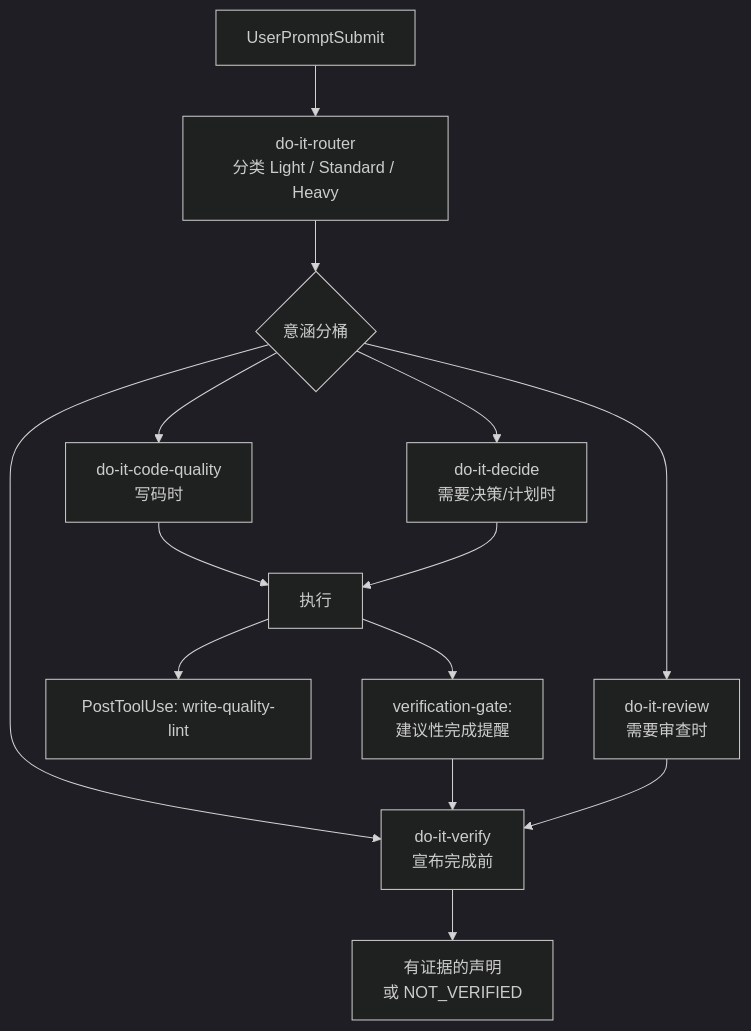
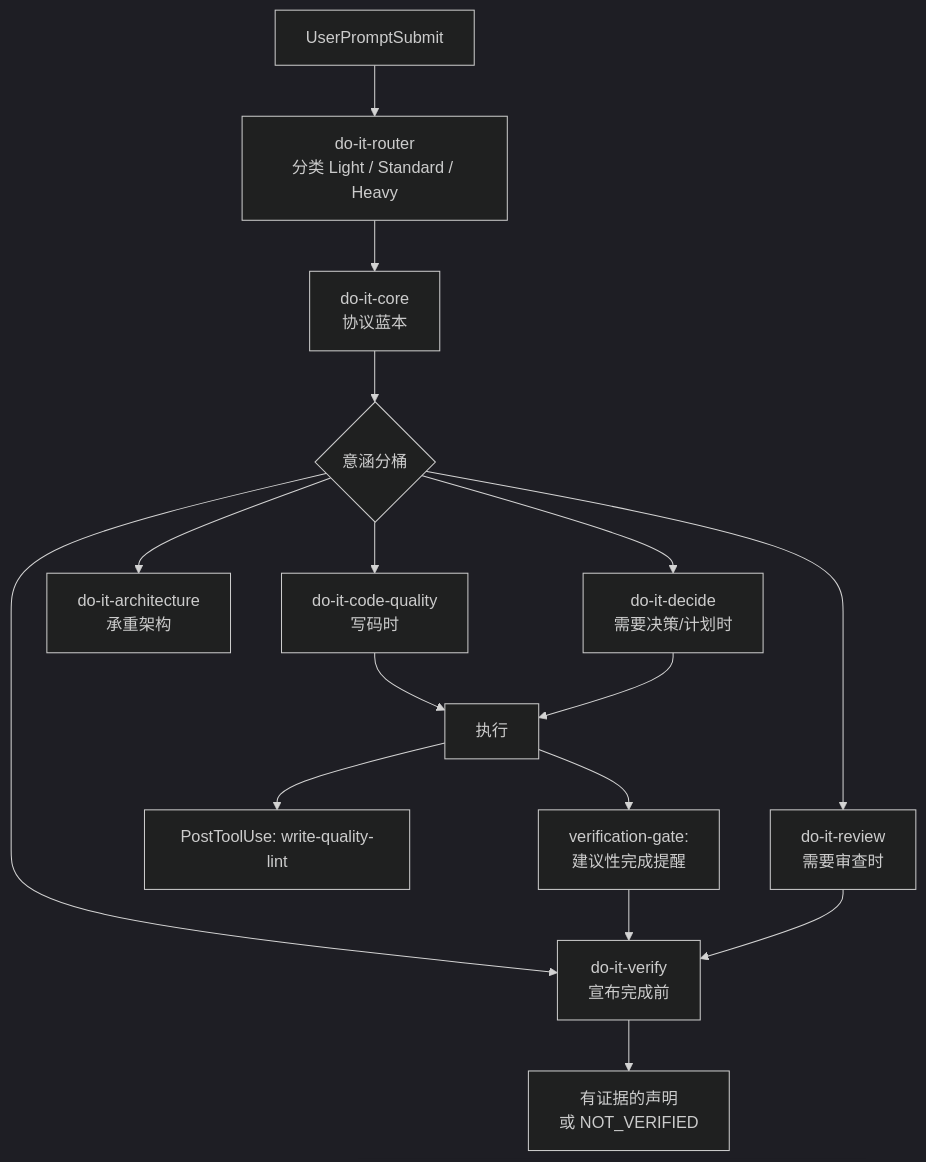
Before and after one commit to tdwhere123/do-it: the diagram in README.zh-CN.md, drawn with Mermaid (dark theme). The commit also changed other lines of this file and 151 other files, not shown here.

````diff
--- a/README.zh-CN.md
+++ b/README.zh-CN.md
@@ -135,16 +140,18 @@
 ```mermaid
 flowchart TD
     P[UserPromptSubmit] --> R[do-it-router<br/>分类 Light / Standard / Heavy]
-    R --> B{意涵分桶}
+    R --> C[do-it-core<br/>协议蓝本]
+    C --> B{意涵分桶}
     B --> CQ[do-it-code-quality<br/>写码时]
+    B --> A[do-it-architecture<br/>承重架构]
     B --> D[do-it-decide<br/>需要决策/计划时]
     B --> RV[do-it-review<br/>需要审查时]
     B --> VY[do-it-verify<br/>宣布完成前]
     CQ --> E[执行]
     D --> E
     E --> WQ[PostToolUse: write-quality-lint]
     E --> VG[verification-gate:<br/>建议性完成提醒]
     VG --> VY
     RV --> VY
     VY --> Done[有证据的声明<br/>或 NOT_VERIFIED]
 ```
````
